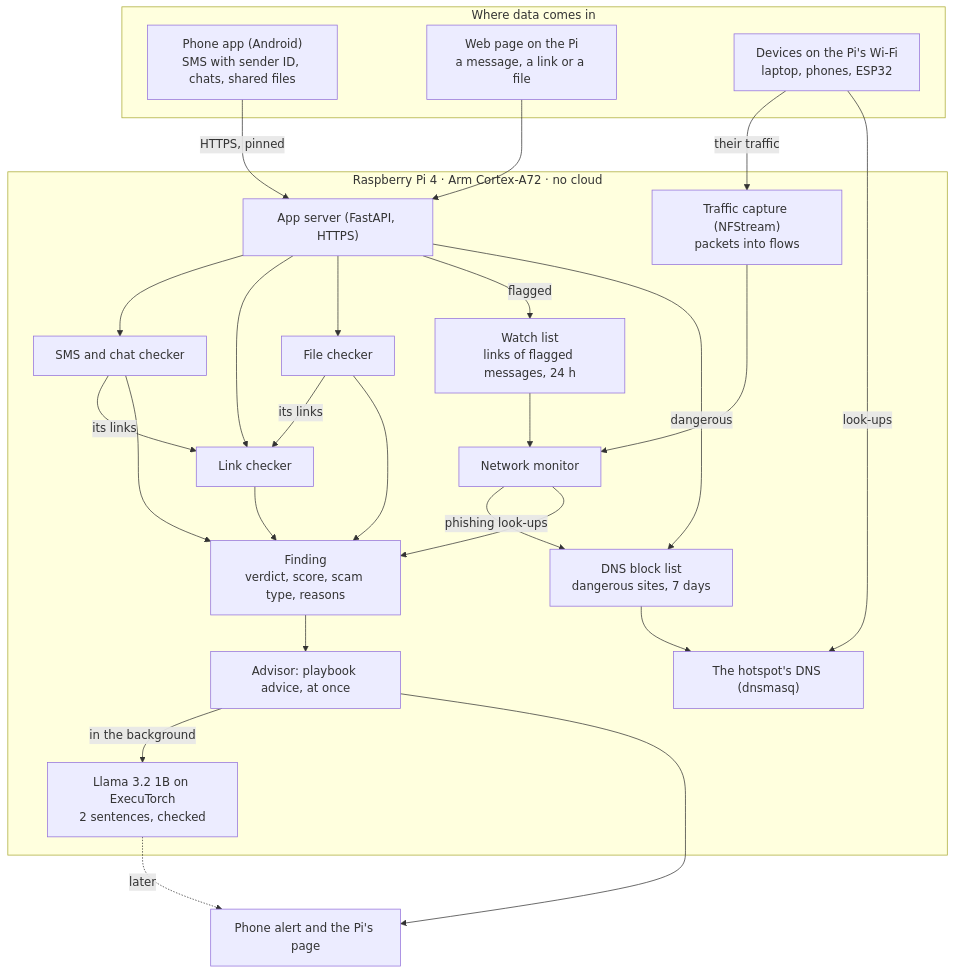
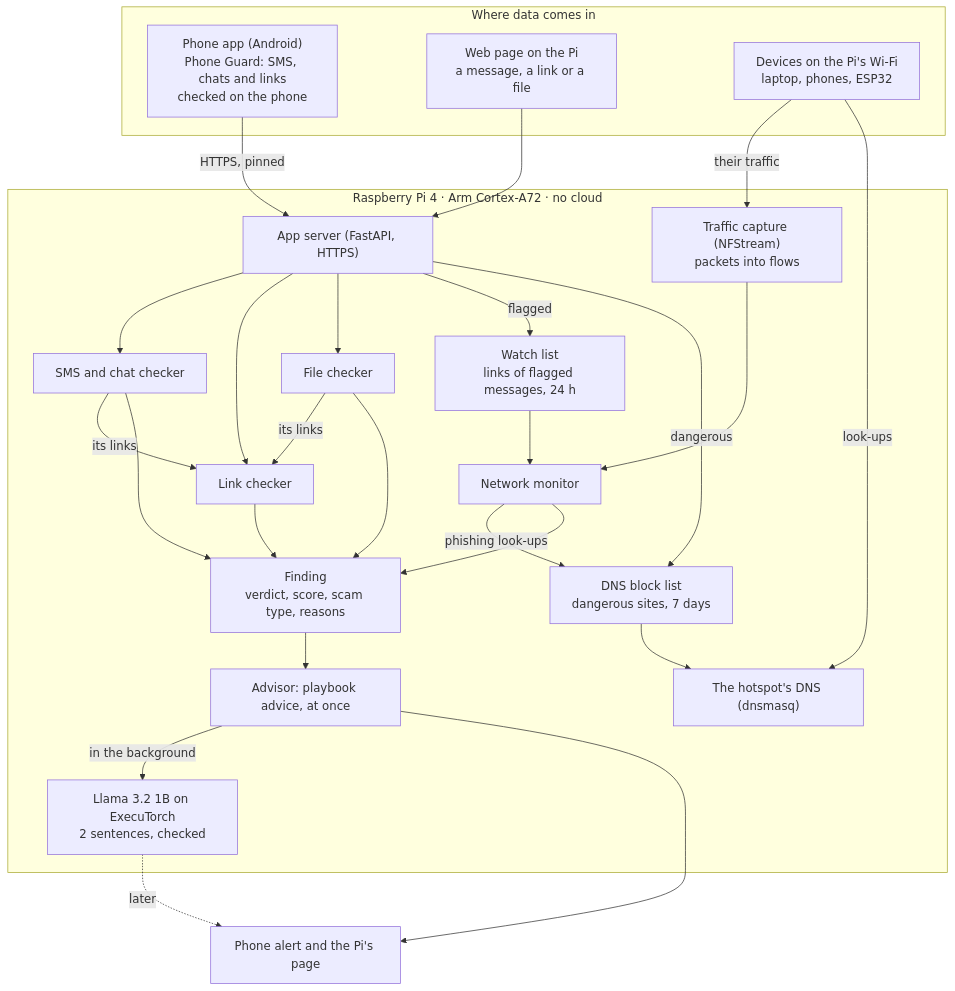
One commit to PiyushSingh0014/ps3-guardian-arm changed the first of 3 diagrams in README.md. Above: the diagram before and after it, drawn with Mermaid. The commit also changed other lines of this file and 31 other files, not shown here.

````diff
--- a/README.md
+++ b/README.md
@@ -79,46 +82,46 @@
 ```mermaid
 flowchart TB
   subgraph IN["Where data comes in"]
-    PH["Phone app (Android)<br/>SMS with sender ID, chats, shared files"]
+    PH["Phone app (Android)<br/>Phone Guard: SMS, chats and links<br/>checked on the phone"]
     PG["Web page on the Pi<br/>a message, a link or a file"]
     DV["Devices on the Pi's Wi-Fi<br/>laptop, phones, ESP32"]
   end
   subgraph PI["Raspberry Pi 4 · Arm Cortex-A72 · no cloud"]
     SRV["App server (FastAPI, HTTPS)"]
     WL["Watch list<br/>links of flagged messages, 24 h"]
     BL["DNS block list<br/>dangerous sites, 7 days"]
     DNS["The hotspot's DNS (dnsmasq)"]
     CAP["Traffic capture (NFStream)<br/>packets into flows"]
     SMS["SMS and chat checker"]
     LNK["Link checker"]
     FIL["File checker"]
     NET["Network monitor"]
     FND["Finding<br/>verdict, score, scam type, reasons"]
     ADV["Advisor: playbook advice, at once"]
     LLM["Llama 3.2 1B on ExecuTorch<br/>2 sentences, checked"]
   end
   OUT["Phone alert and the Pi's page"]
   PH -- "HTTPS, pinned" --> SRV
   PG --> SRV
   DV -- "their traffic" --> CAP
   DV -- "look-ups" --> DNS
   SRV --> SMS
   SRV --> LNK
   SRV --> FIL
   SMS -- "its links" --> LNK
   FIL -- "its links" --> LNK
   SRV -- "flagged" --> WL
   SRV -- "dangerous" --> BL
   NET -- "phishing look-ups" --> BL
   BL --> DNS
   WL --> NET
   CAP --> NET
   SMS --> FND
   LNK --> FND
   FIL --> FND
   NET --> FND
   FND --> ADV
   ADV -- "in the background" --> LLM
   ADV --> OUT
   LLM -. "later" .-> OUT
 ```
````
